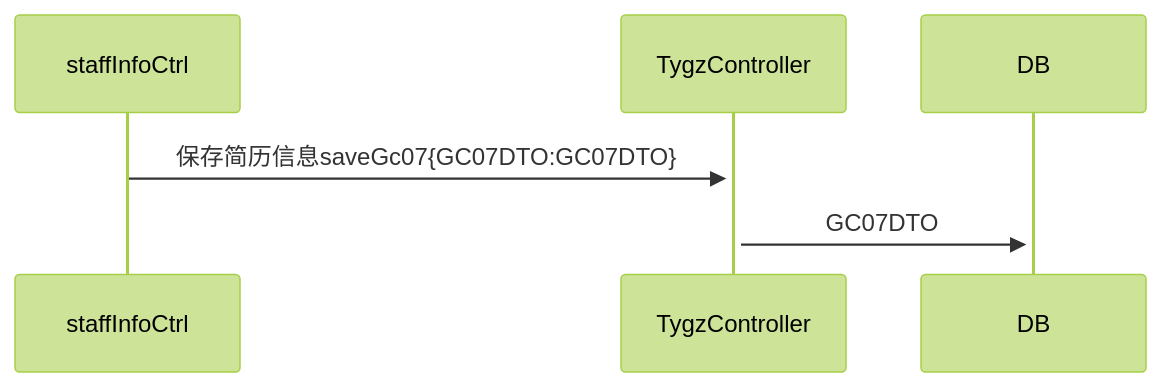
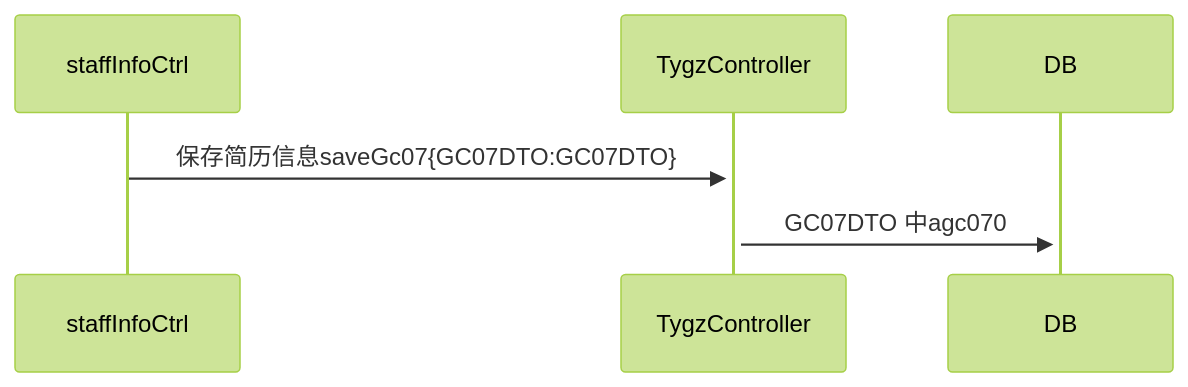
One commit to ZhangJianBeiJing/iodraw-files changed the diagram in all/未命名.md. Above: the diagram before and after it, drawn with Mermaid (forest theme).

Commit message:
2025-03-25 17:06:51 update

````diff
--- a/all/未命名.md
+++ b/all/未命名.md
@@ -1,7 +1,7 @@
 ```mermaid
 sequenceDiagram
     staffInfoCtrl->>+TygzController:保存简历信息saveGc07{GC07DTO:GC07DTO}
-    TygzController->>+DB:GC07DTO
+    TygzController->>+DB:GC07DTO 中agc070
 
             
 ```
````
